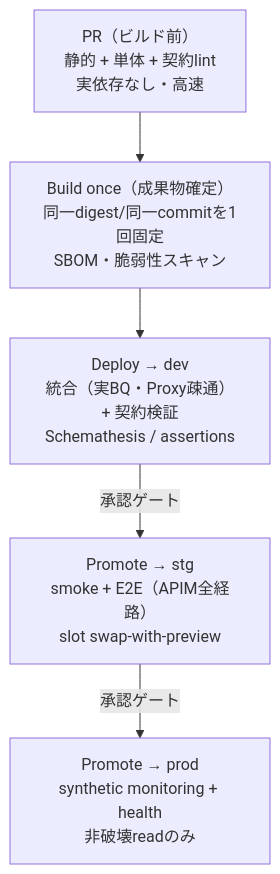
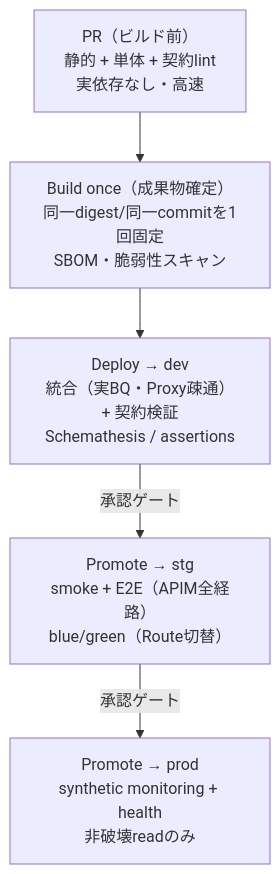
One commit to kttsh/common-data-model changed the first of 2 diagrams in docs/07-testing/test-concept.md. Above: the diagram before and after it, drawn with Mermaid. The commit also changed other lines of this file and 14 other files, not shown here.

````diff
--- a/docs/07-testing/test-concept.md
+++ b/docs/07-testing/test-concept.md
@@ -46,12 +46,12 @@
 ```mermaid
 flowchart TB
     PR["PR（ビルド前）<br/>静的 + 単体 + 契約lint<br/>実依存なし・高速"]
     BUILD["Build once（成果物確定）<br/>同一digest/同一commitを1回固定<br/>SBOM・脆弱性スキャン"]
     DEV["Deploy → dev<br/>統合（実BQ・Proxy疎通）+ 契約検証<br/>Schemathesis / assertions"]
-    STG["Promote → stg<br/>smoke + E2E（APIM全経路）<br/>slot swap-with-preview"]
+    STG["Promote → stg<br/>smoke + E2E（APIM全経路）<br/>blue/green（Route切替）"]
     PROD["Promote → prod<br/>synthetic monitoring + health<br/>非破壊readのみ"]
 
     PR --> BUILD --> DEV
     DEV -->|承認ゲート| STG
     STG -->|承認ゲート| PROD
 ```
````
